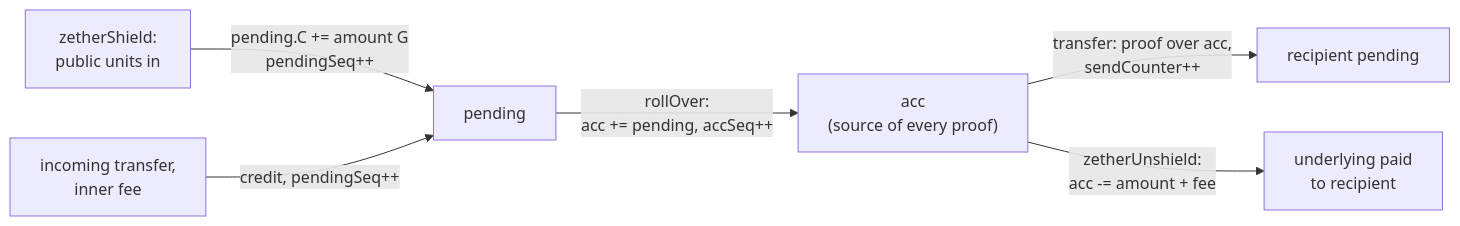
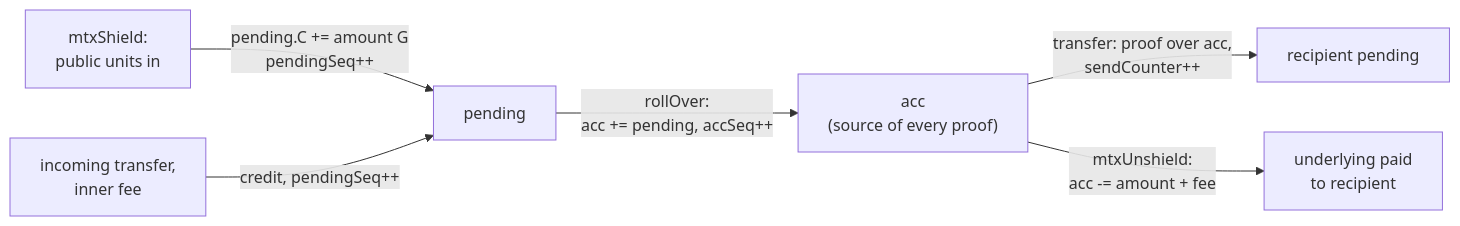
Before and after one commit to dinhduongha/scaas: the first of 3 diagrams in docs/contracts/zether.md, drawn with Mermaid. The commit also changed other lines of this file and 12 other files, not shown here.

Commit message:
5h Task 5: docs for the PQZ state redesign (part A as built): pq-zero-knowledge section 7 and CTR-PQZ-06/07/08/15/22/23/25, mtx* names and SHIELD_POOL in zether/accounts/metatx/token-wrappers, decisions in full, spec superseded markers

````diff
--- a/docs/contracts/zether.md
+++ b/docs/contracts/zether.md
@@ -269,8 +269,8 @@
 ```mermaid
 flowchart LR
-    SH["zetherShield:<br/>public units in"] -->|"pending.C += amount G<br/>pendingSeq++"| P["pending"]
+    SH["mtxShield:<br/>public units in"] -->|"pending.C += amount G<br/>pendingSeq++"| P["pending"]
     IN["incoming transfer,<br/>inner fee"] -->|"credit, pendingSeq++"| P
     P -->|"rollOver:<br/>acc += pending, accSeq++"| A["acc<br/>(source of every proof)"]
     A -->|"transfer: proof over acc,<br/>sendCounter++"| R["recipient pending"]
-    A -->|"zetherUnshield:<br/>acc -= amount + fee"| U["underlying paid<br/>to recipient"]
+    A -->|"mtxUnshield:<br/>acc -= amount + fee"| U["underlying paid<br/>to recipient"]
 ```
````
